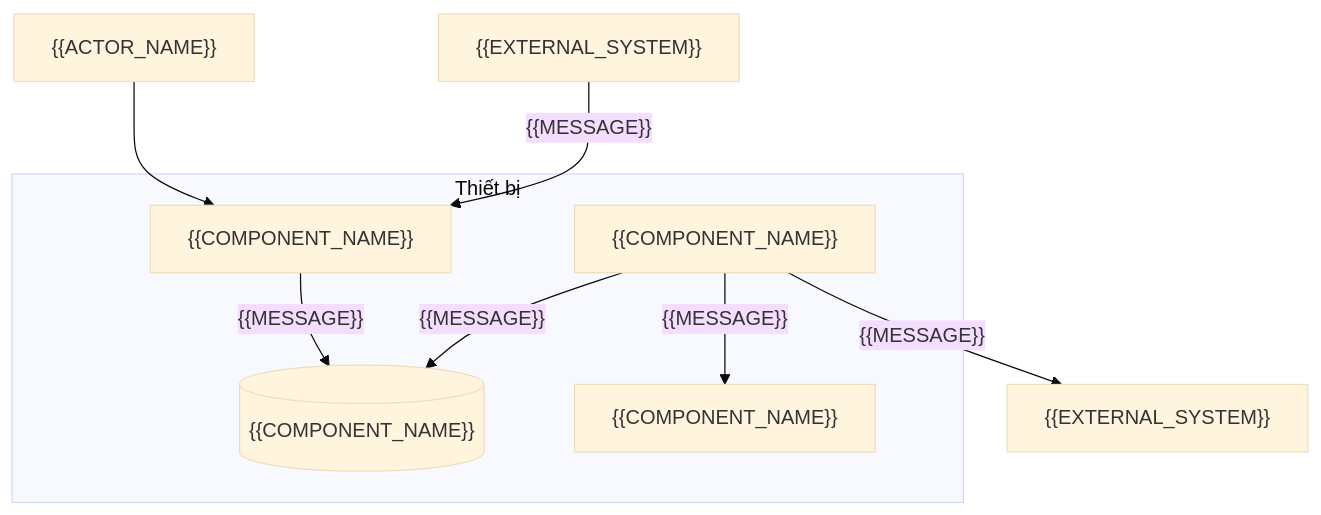
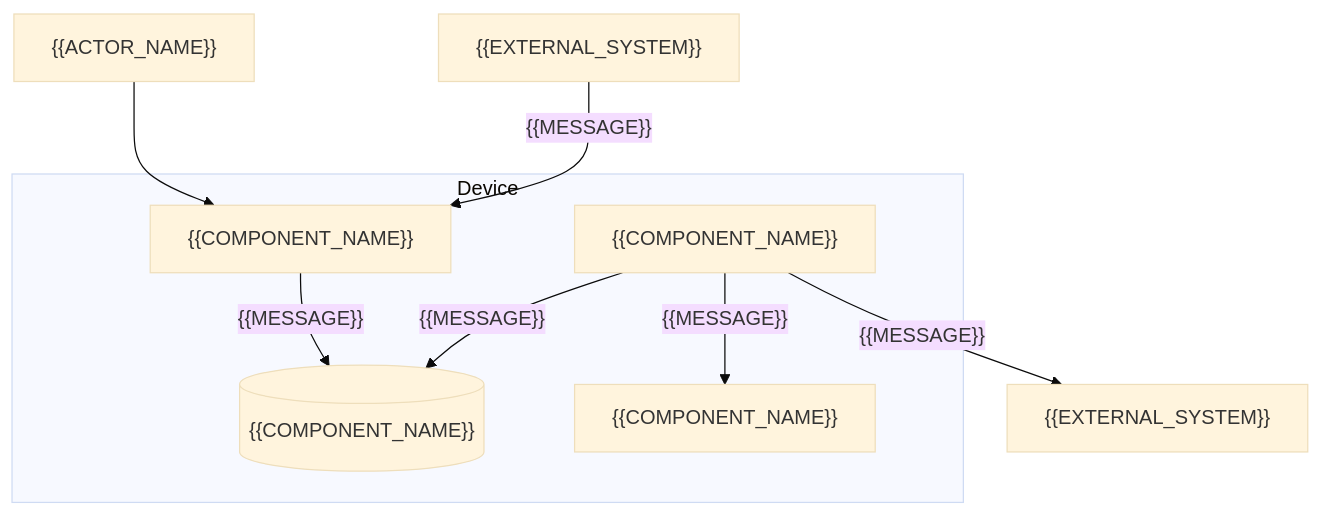
Before and after one commit to vuquoctrungbk/specflow: the first of 3 diagrams in skills/specflow/assets/kit/overlays/mobile-app/architecture-sections.md, drawn with Mermaid (base theme). The commit also changed other lines of this file and 100 other files, not shown here.

````diff
--- a/skills/specflow/assets/kit/overlays/mobile-app/architecture-sections.md
+++ b/skills/specflow/assets/kit/overlays/mobile-app/architecture-sections.md
@@ -16,18 +16,18 @@
 ```mermaid
 flowchart TD
     U["{{ACTOR_NAME}}"]
-    subgraph Device[Thiết bị]
+    subgraph Device[Device]
         UI["{{COMPONENT_NAME}}"]
         DB[("{{COMPONENT_NAME}}")]
         SYNC["{{COMPONENT_NAME}}"]
         KS["{{COMPONENT_NAME}}"]
     end
     API["{{EXTERNAL_SYSTEM}}"]
     PUSH["{{EXTERNAL_SYSTEM}}"]
     U --> UI
     UI -->|"{{MESSAGE}}"| DB
     SYNC -->|"{{MESSAGE}}"| DB
     SYNC -->|"{{MESSAGE}}"| API
     SYNC -->|"{{MESSAGE}}"| KS
     PUSH -->|"{{MESSAGE}}"| UI
 ```
````
